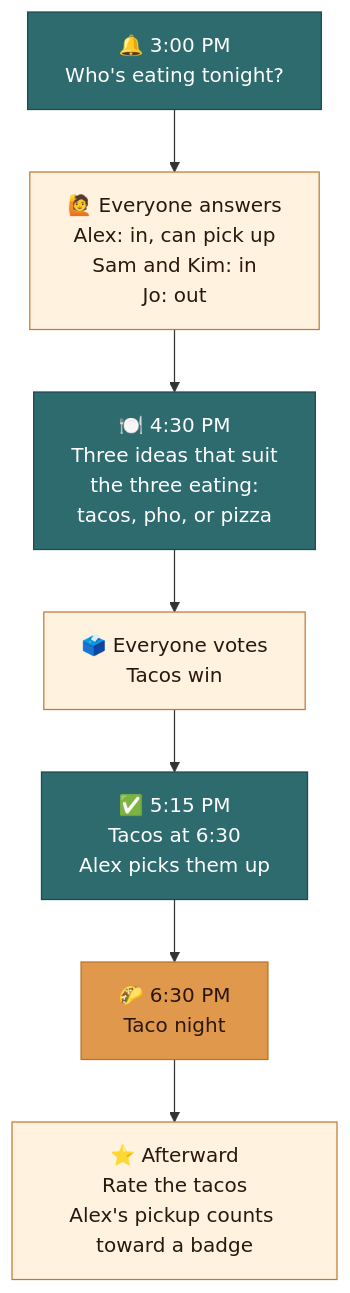
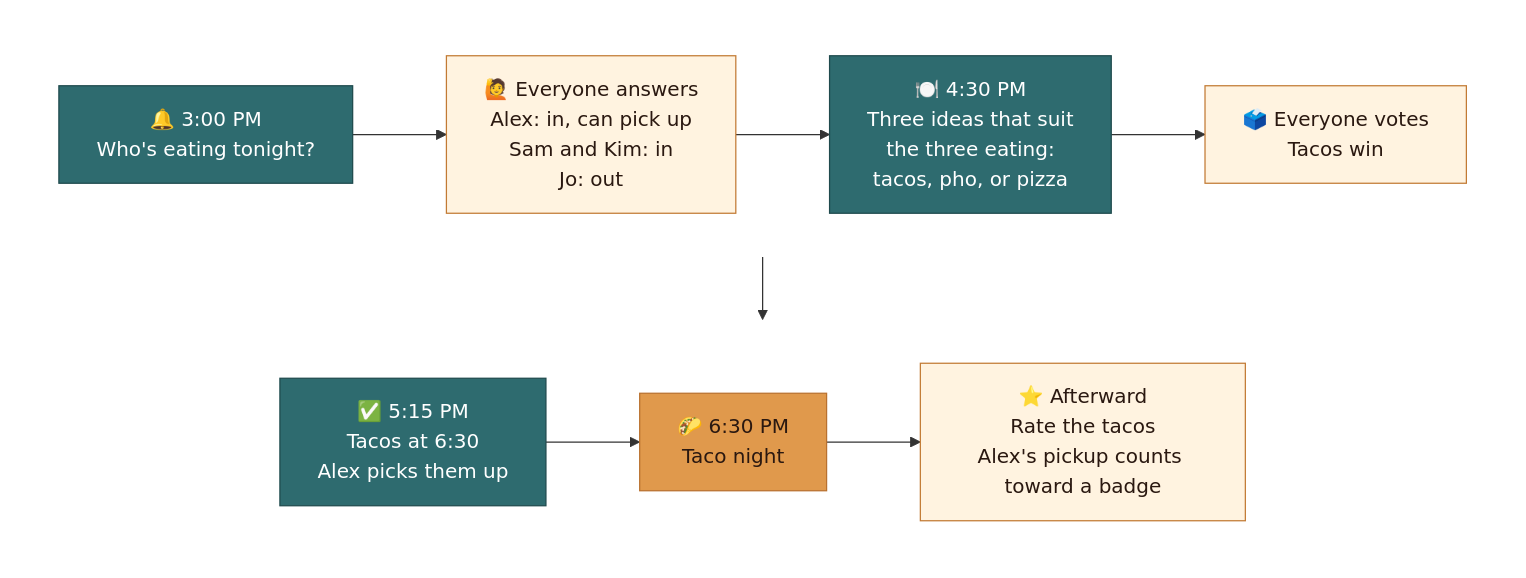
One commit to dsmorgan/dinnerbell changed the first of 2 diagrams in README.md. Above: the diagram before and after it, drawn with Mermaid.

Commit message:
README: wrap the dinner flow diagram into two rows

````diff
--- a/README.md
+++ b/README.md
@@ -13,19 +13,29 @@
 ```mermaid
-flowchart TD
+flowchart TB
     ask["🔔 3:00 PM<br/>Who's eating tonight?"]
     answer["🙋 Everyone answers<br/>Alex: in, can pick up<br/>Sam and Kim: in<br/>Jo: out"]
     suggest["🍽️ 4:30 PM<br/>Three ideas that suit<br/>the three eating:<br/>tacos, pho, or pizza"]
     vote["🗳️ Everyone votes<br/>Tacos win"]
     decide["✅ 5:15 PM<br/>Tacos at 6:30<br/>Alex picks them up"]
     eat["🌮 6:30 PM<br/>Taco night"]
     after["⭐ Afterward<br/>Rate the tacos<br/>Alex's pickup counts toward a badge"]
 
-    ask --> answer --> suggest --> vote --> decide --> eat --> after
+    subgraph row1[" "]
+        direction LR
+        ask --> answer --> suggest --> vote
+    end
+    subgraph row2[" "]
+        direction LR
+        decide --> eat --> after
+    end
+    row1 --> row2
 
     classDef bell fill:#2E6B6F,stroke:#1F4A4D,color:#FFFFFF
     classDef family fill:#FFF3E0,stroke:#C27A34,color:#2A1810
     classDef meal fill:#E0994C,stroke:#B9712F,color:#2A1810
     class ask,suggest,decide bell
     class answer,vote,after family
     class eat meal
+    style row1 fill:none,stroke:none
+    style row2 fill:none,stroke:none
 ```
````
